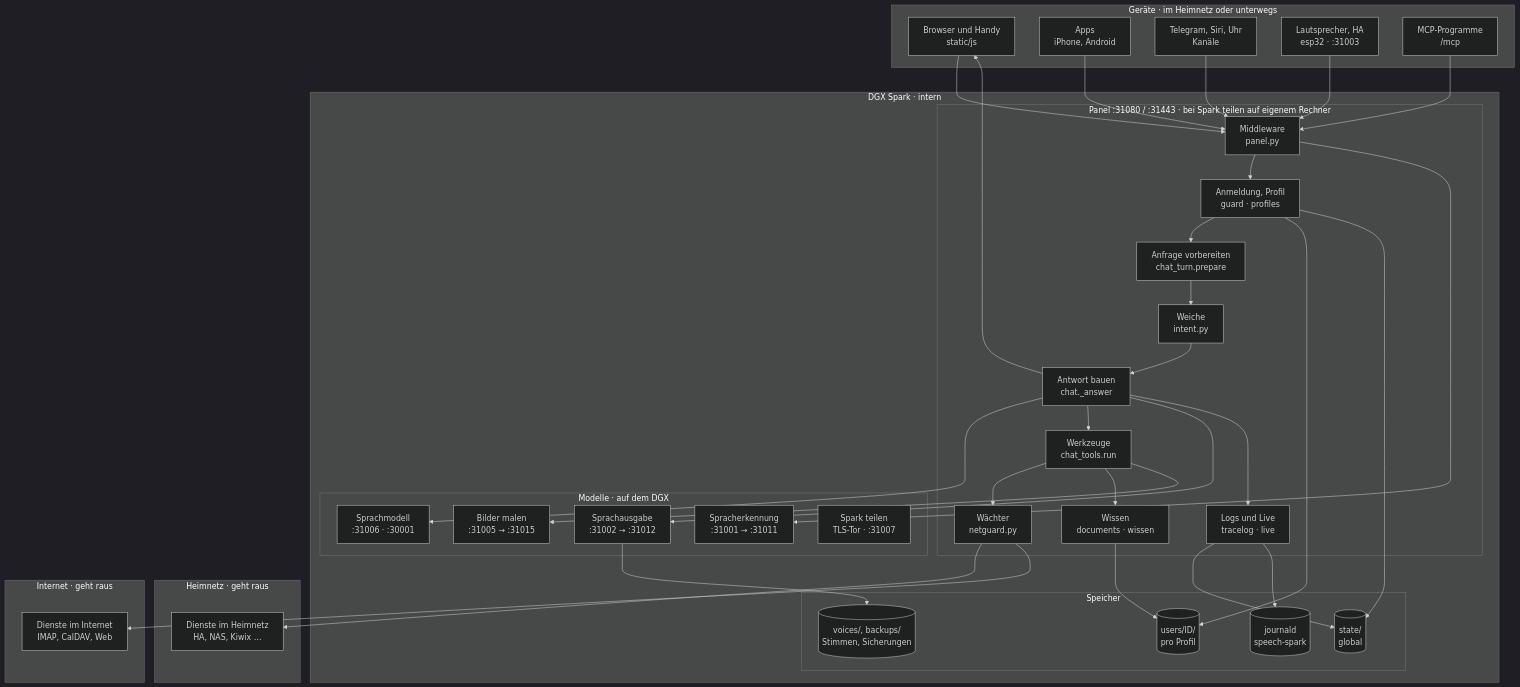
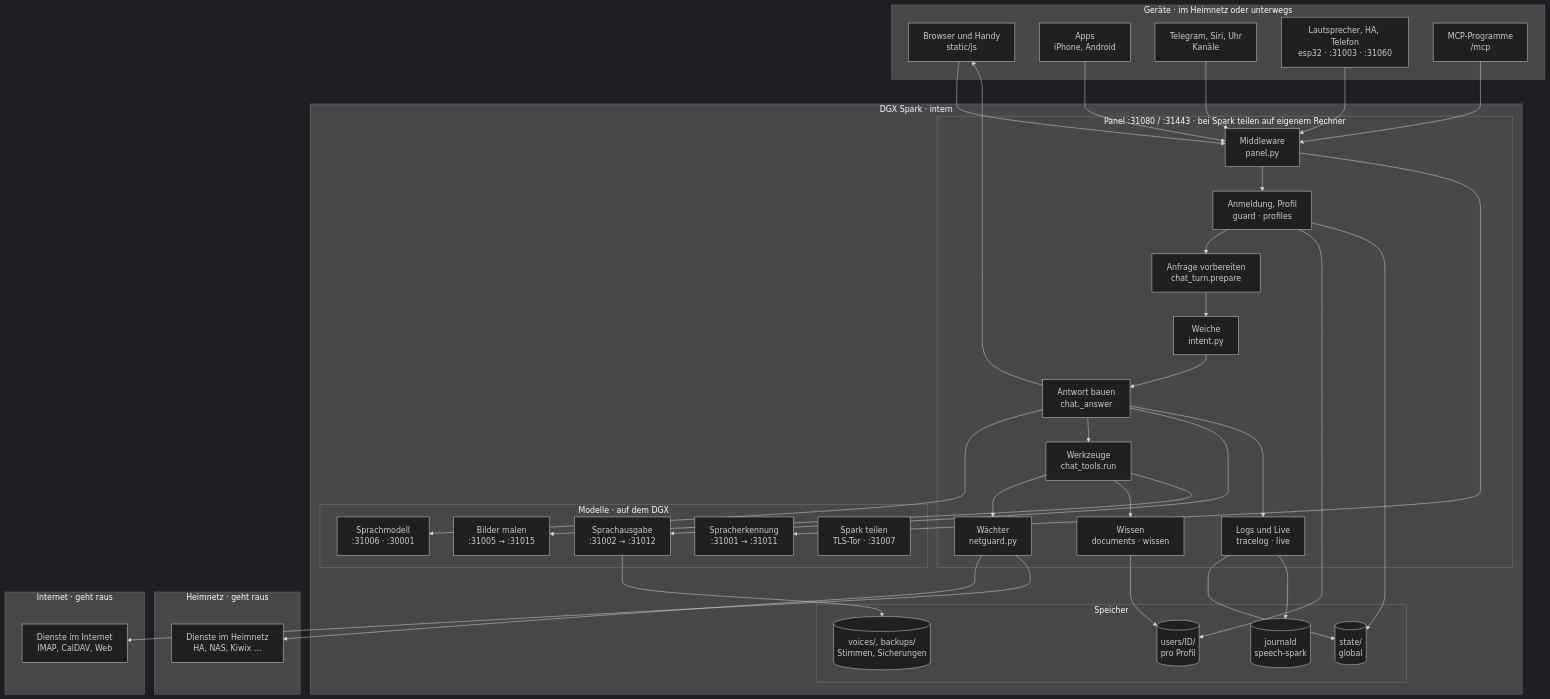
Before and after one commit to db9979/speech-on-dgx-spark: the first of 26 diagrams in docs/de/architektur.md, drawn with Mermaid (dark theme). The commit also changed other lines of this file and 44 other files, not shown here.

````diff
--- a/docs/de/architektur.md
+++ b/docs/de/architektur.md
@@ -16,68 +16,68 @@
 ```mermaid
 flowchart TB
   subgraph z_geraete["Geräte · im Heimnetz oder unterwegs"]
     geraet["Browser und Handy<br/>static/js"]
     apps["Apps<br/>iPhone, Android"]
     kanaele["Telegram, Siri, Uhr<br/>Kanäle"]
-    lautsprecher["Lautsprecher, HA<br/>esp32 · :31003"]
+    lautsprecher["Lautsprecher, HA, Telefon<br/>esp32 · :31003 · :31060"]
     mcpc["MCP-Programme<br/>/mcp"]
   end
   subgraph z_spark["DGX Spark · intern"]
     subgraph z_panel["Panel :31080 / :31443 · bei Spark teilen auf eigenem Rechner"]
       middleware["Middleware<br/>panel.py"]
       zugang["Anmeldung, Profil<br/>guard · profiles"]
       vorbereiten["Anfrage vorbereiten<br/>chat_turn.prepare"]
       weiche["Weiche<br/>intent.py"]
       antwort["Antwort bauen<br/>chat._answer"]
       werkzeuge["Werkzeuge<br/>chat_tools.run"]
       wissen["Wissen<br/>documents · wissen"]
       waechter["Wächter<br/>netguard.py"]
       betrieb["Logs und Live<br/>tracelog · live"]
     end
     subgraph z_modelle["Modelle · auf dem DGX"]
       llm["Sprachmodell<br/>:31006 · :30001"]
       asr["Spracherkennung<br/>:31001 → :31011"]
       tts["Sprachausgabe<br/>:31002 → :31012"]
       bild["Bilder malen<br/>:31005 → :31015"]
       teilen["Spark teilen<br/>TLS-Tor · :31007"]
     end
     subgraph z_speicher["Speicher"]
       state[("state/<br/>global")]
       users[("users/ID/<br/>pro Profil")]
       ablage[("voices/, backups/<br/>Stimmen, Sicherungen")]
       journal[("journald<br/>speech-spark")]
     end
   end
   subgraph z_heimnetz["Heimnetz · geht raus"]
     aussen["Dienste im Heimnetz<br/>HA, NAS, Kiwix …"]
   end
   subgraph z_internet["Internet · geht raus"]
     internet["Dienste im Internet<br/>IMAP, CalDAV, Web"]
   end
   geraet --> middleware
   apps --> middleware
   kanaele --> middleware
   lautsprecher --> middleware
   mcpc --> middleware
   middleware --> zugang
   middleware --> asr
   zugang --> vorbereiten
   vorbereiten --> weiche
   weiche --> antwort
   antwort --> llm
   antwort --> werkzeuge
   werkzeuge --> waechter
   waechter --> aussen
   waechter --> internet
   werkzeuge --> wissen
   antwort --> tts
   werkzeuge --> bild
   antwort --> geraet
   antwort --> betrieb
   betrieb --> state
   betrieb --> journal
   wissen --> users
   zugang --> users
   zugang --> state
   tts --> ablage
 ```
````
